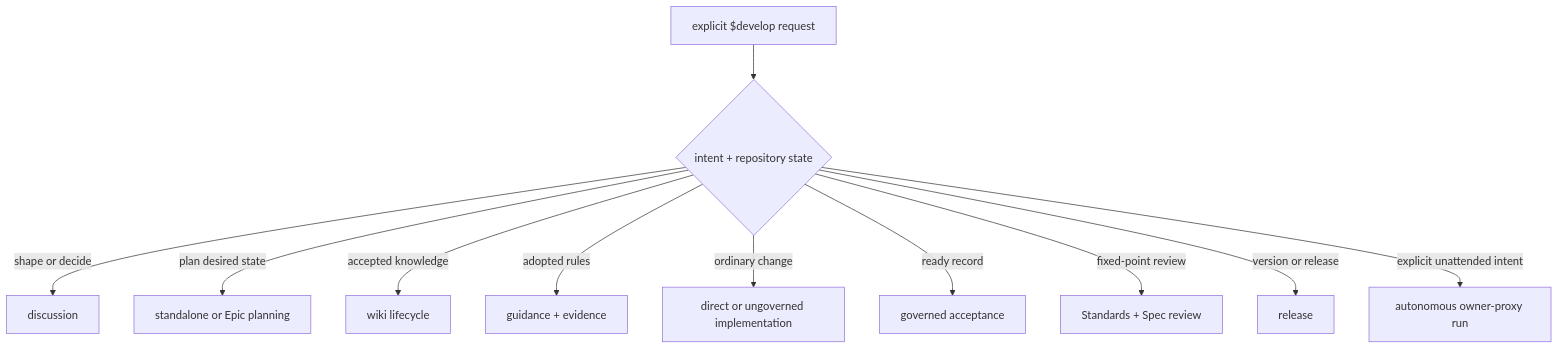
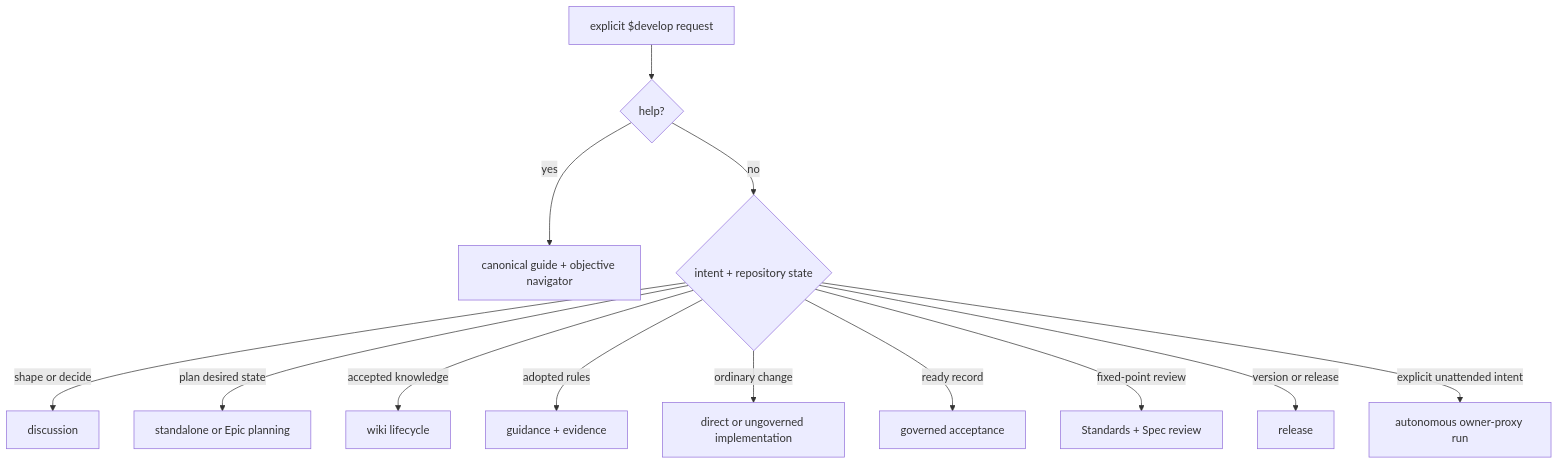
Before and after one commit to beeltec/skills: the diagram in README.md, drawn with Mermaid. The commit also changed other lines of this file and 6 other files, not shown here.

Commit message:
feat(develop): add interactive help and regression coverage

````diff
--- a/README.md
+++ b/README.md
@@ -37,13 +41,15 @@
 ```mermaid
 flowchart TD
-    U["explicit $develop request"] --> R{"intent + repository state"}
+    U["explicit $develop request"] --> H{"help?"}
+    H -->|yes| N["canonical guide + objective navigator"]
+    H -->|no| R{"intent + repository state"}
     R -->|shape or decide| D["discussion"]
     R -->|plan desired state| P["standalone or Epic planning"]
     R -->|accepted knowledge| K["wiki lifecycle"]
     R -->|adopted rules| G["guidance + evidence"]
     R -->|ordinary change| X["direct or ungoverned implementation"]
     R -->|ready record| I["governed acceptance"]
     R -->|fixed-point review| V["Standards + Spec review"]
     R -->|version or release| L["release"]
     R -->|explicit unattended intent| A["autonomous owner-proxy run"]
 ```
````
